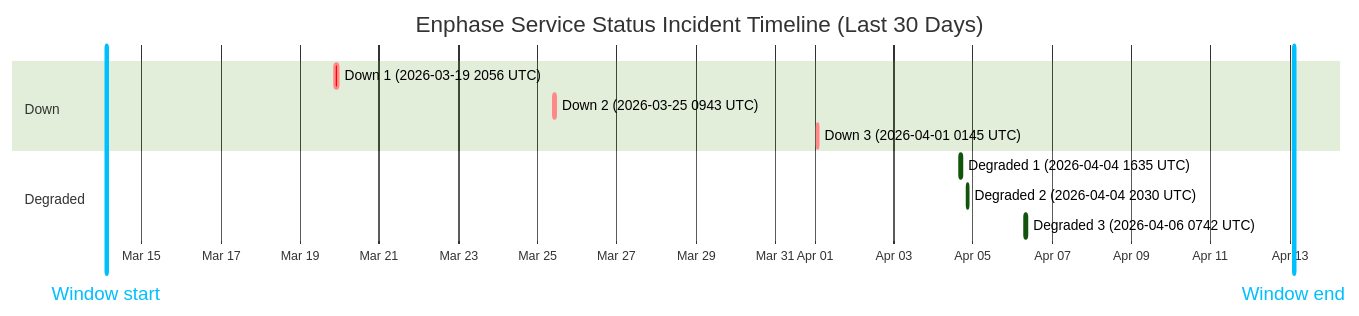
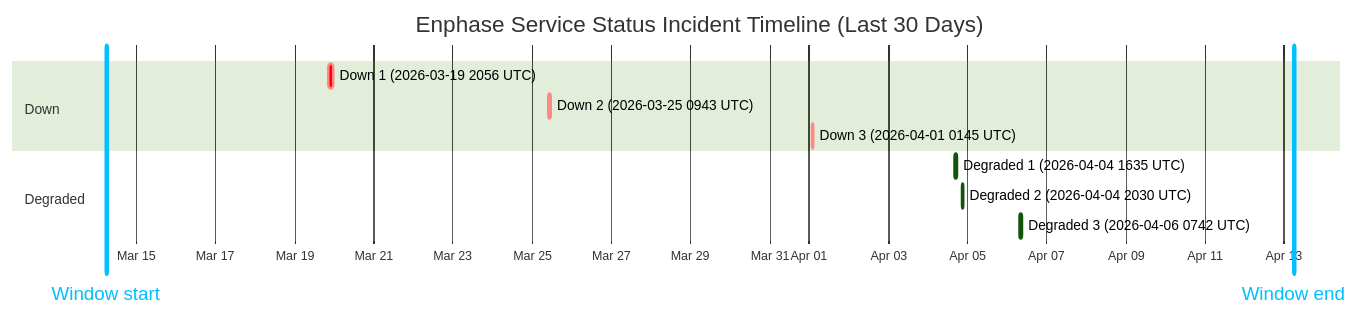
One commit to barneyonline/ha-enphase-ev-charger changed the diagram in wiki/Service-Status-History.md. Above: the diagram before and after it, drawn with Mermaid (forest theme). The commit also changed other lines of this file and 3 other files, not shown here.

````diff
--- a/wiki/Service-Status-History.md
+++ b/wiki/Service-Status-History.md
@@ -14,16 +14,16 @@
 ```mermaid
 gantt
     title Enphase Service Status Incident Timeline (Last 30 Days)
     dateFormat  YYYY-MM-DDTHH:mm:ss
     axisFormat  %b %d
-    Window start :vert, window-start, 2026-03-14T02:36:20, 0ms
-    Window end :vert, window-end, 2026-04-13T02:36:20, 0ms
+    Window start :vert, window-start, 2026-03-14T05:41:07, 0ms
+    Window end :vert, window-end, 2026-04-13T05:41:07, 0ms
     section Down
     Down 1 (2026-03-19 2056 UTC) :crit, down-1, 2026-03-19T20:56:20, 145m
     Down 2 (2026-03-25 0943 UTC) :crit, down-2, 2026-03-25T09:43:28, 111m
     Down 3 (2026-04-01 0145 UTC) :crit, down-3, 2026-04-01T01:45:09, 60m
     section Degraded
     Degraded 1 (2026-04-04 1635 UTC) :active, degraded-1, 2026-04-04T16:35:17, 60m
     Degraded 2 (2026-04-04 2030 UTC) :active, degraded-2, 2026-04-04T20:30:40, 60m
     Degraded 3 (2026-04-06 0742 UTC) :active, degraded-3, 2026-04-06T07:42:09, 85m
 ```
````
